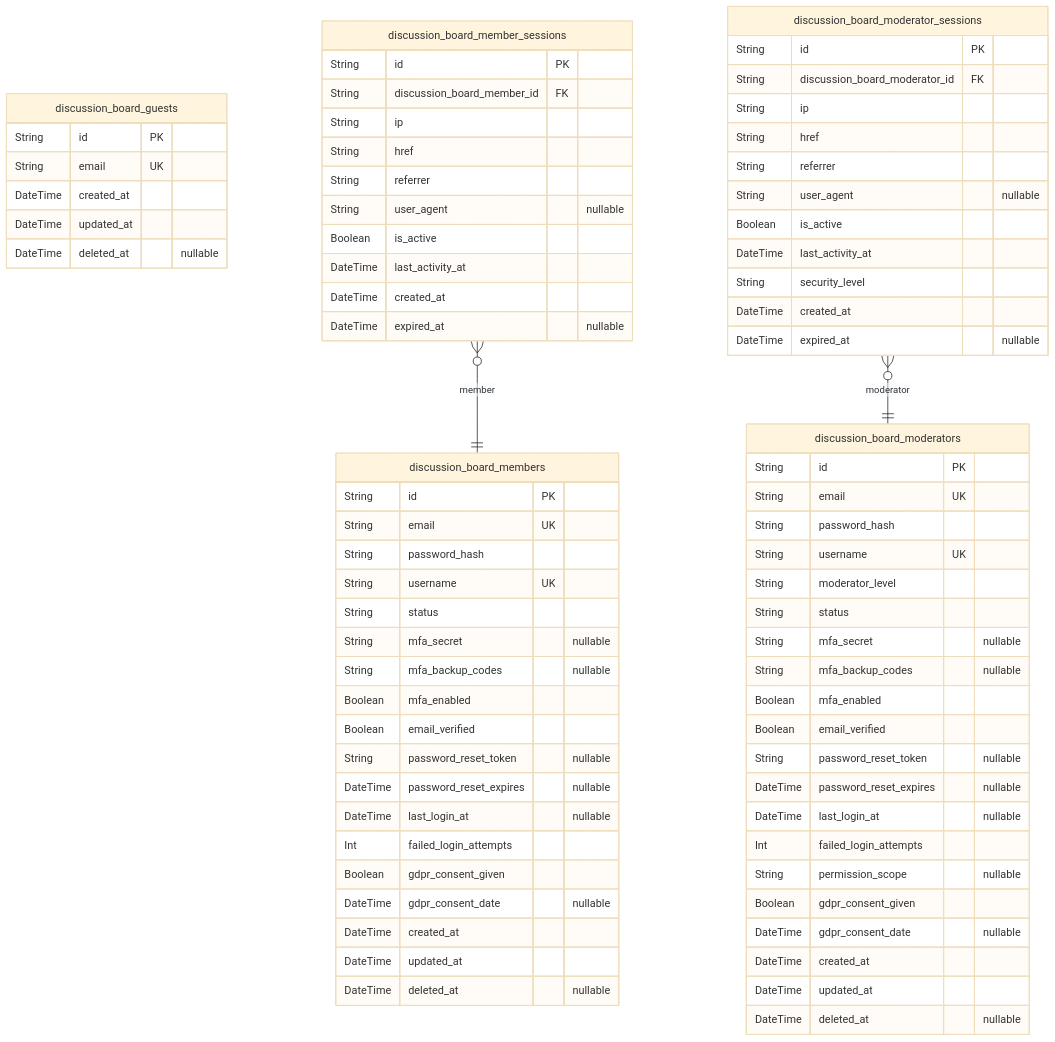
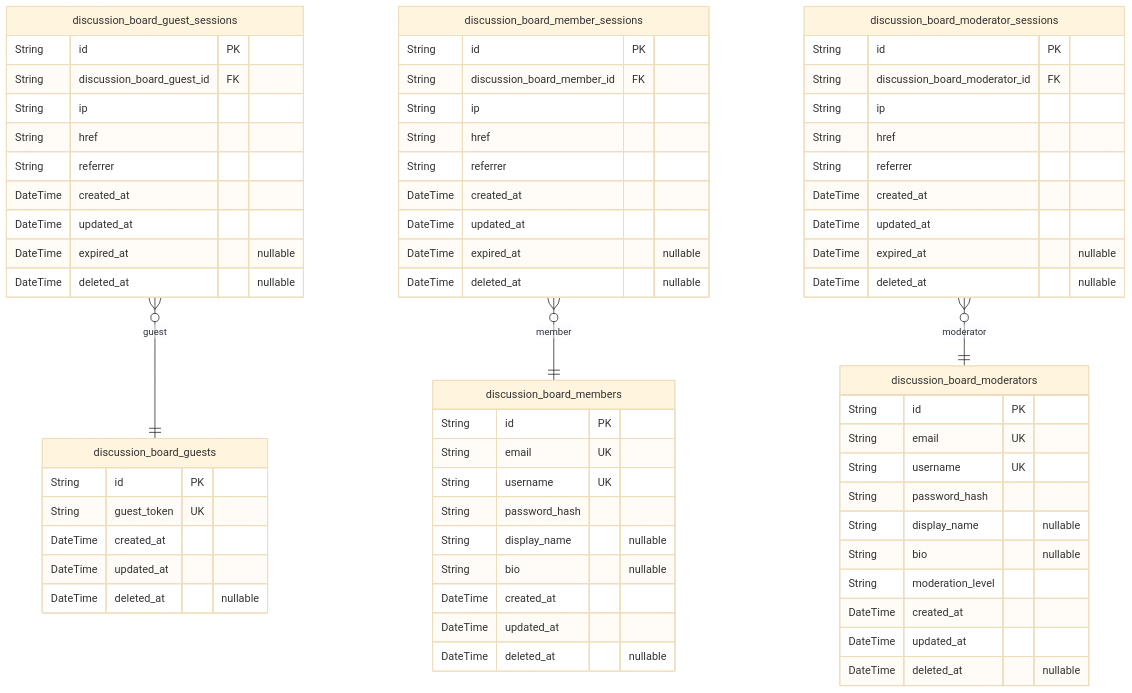
One commit to wrtnlabs/autobe-examples changed the second of 8 diagrams in deepseek/deepseek-v3.1-terminus-exacto/bbs/docs/ERD.md. Above: the diagram before and after it, drawn with Mermaid (base theme). The commit also changed other lines of this file and 3569 other files, not shown here.

````diff
--- a/deepseek/deepseek-v3.1-terminus-exacto/bbs/docs/ERD.md
+++ b/deepseek/deepseek-v3.1-terminus-exacto/bbs/docs/ERD.md
@@ -147,79 +138,69 @@
 ```mermaid
 erDiagram
 "discussion_board_guests" {
   String id PK
-  String email UK
+  String guest_token UK
   DateTime created_at
   DateTime updated_at
+  DateTime deleted_at "nullable"
+}
+"discussion_board_guest_sessions" {
+  String id PK
+  String discussion_board_guest_id FK
+  String ip
+  String href
+  String referrer
+  DateTime created_at
+  DateTime updated_at
+  DateTime expired_at "nullable"
   DateTime deleted_at "nullable"
 }
 "discussion_board_members" {
   String id PK
   String email UK
+  String username UK
   String password_hash
-  String username UK
-  String status
-  String mfa_secret "nullable"
-  String mfa_backup_codes "nullable"
-  Boolean mfa_enabled
-  Boolean email_verified
-  String password_reset_token "nullable"
-  DateTime password_reset_expires "nullable"
-  DateTime last_login_at "nullable"
-  Int failed_login_attempts
-  Boolean gdpr_consent_given
-  DateTime gdpr_consent_date "nullable"
-  DateTime created_at
-  DateTime updated_at
-  DateTime deleted_at "nullable"
-}
-"discussion_board_moderators" {
-  String id PK
-  String email UK
-  String password_hash
-  String username UK
-  String moderator_level
-  String status
-  String mfa_secret "nullable"
-  String mfa_backup_codes "nullable"
-  Boolean mfa_enabled
-  Boolean email_verified
-  String password_reset_token "nullable"
-  DateTime password_reset_expires "nullable"
-  DateTime last_login_at "nullable"
-  Int failed_login_attempts
-  String permission_scope "nullable"
-  Boolean gdpr_consent_given
-  DateTime gdpr_consent_date "nullable"
+  String display_name "nullable"
+  String bio "nullable"
   DateTime created_at
   DateTime updated_at
   DateTime deleted_at "nullable"
 }
 "discussion_board_member_sessions" {
   String id PK
   String discussion_board_member_id FK
   String ip
   String href
   String referrer
-  String user_agent "nullable"
-  Boolean is_active
-  DateTime last_activity_at
   DateTime created_at
+  DateTime updated_at
   DateTime expired_at "nullable"
+  DateTime deleted_at "nullable"
+}
+"discussion_board_moderators" {
+  String id PK
+  String email UK
+  String username UK
+  String password_hash
+  String display_name "nullable"
+  String bio "nullable"
+  String moderation_level
+  DateTime created_at
+  DateTime updated_at
+  DateTime deleted_at "nullable"
 }
 "discussion_board_moderator_sessions" {
   String id PK
   String discussion_board_moderator_id FK
   String ip
   String href
   String referrer
-  String user_agent "nullable"
-  Boolean is_active
-  DateTime last_activity_at
-  String security_level
   DateTime created_at
+  DateTime updated_at
   DateTime expired_at "nullable"
+  DateTime deleted_at "nullable"
 }
+"discussion_board_guest_sessions" }o--|| "discussion_board_guests" : guest
 "discussion_board_member_sessions" }o--|| "discussion_board_members" : member
 "discussion_board_moderator_sessions" }o--|| "discussion_board_moderators" : moderator
 ```
````
